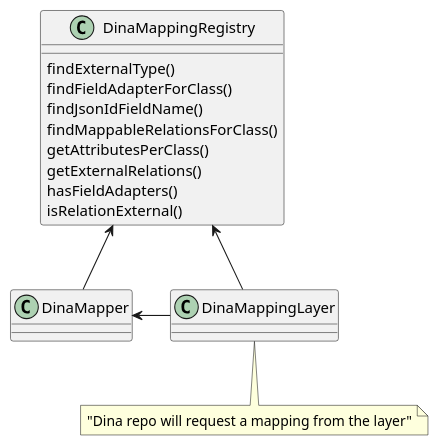
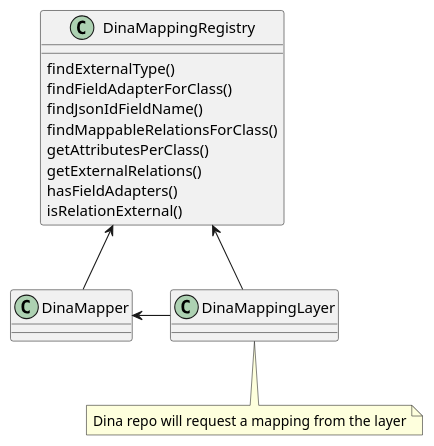
Before and after one commit to AAFC-BICoE/dina-base-api: the diagram in docs/plantumls/MappingOverview.puml, drawn with PlantUML. The commit also changed 3 other files, not shown here.

```diff
--- a/docs/plantumls/MappingOverview.puml
+++ b/docs/plantumls/MappingOverview.puml
@@ -1,16 +1,16 @@
 @startuml
 DinaMappingRegistry <-- DinaMapper
 DinaMappingRegistry <-- DinaMappingLayer
 DinaMapper <- DinaMappingLayer
 
 DinaMappingRegistry : findExternalType()
 DinaMappingRegistry : findFieldAdapterForClass()
 DinaMappingRegistry : findJsonIdFieldName()
 DinaMappingRegistry : findMappableRelationsForClass()
 DinaMappingRegistry : getAttributesPerClass()
 DinaMappingRegistry : getExternalRelations()
 DinaMappingRegistry : hasFieldAdapters()
 DinaMappingRegistry : isRelationExternal()
 
-note bottom of DinaMappingLayer: "Dina repo will request a mapping from the layer"
+note bottom of DinaMappingLayer: Dina repo will request a mapping from the layer
 @enduml
```
